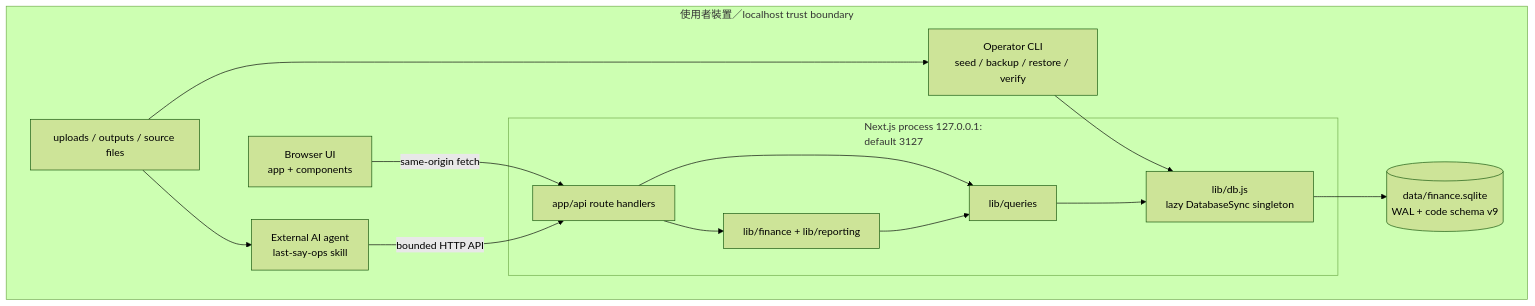
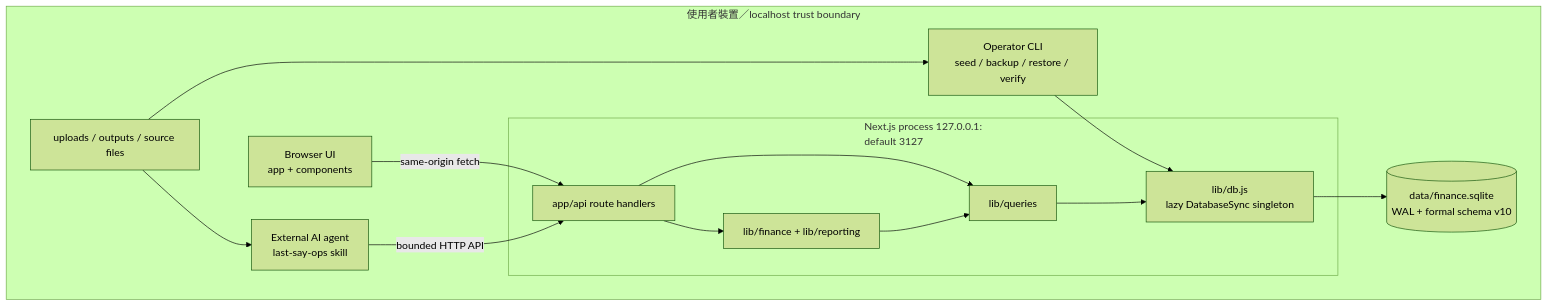
One commit to cablate/last-say changed the first of 2 diagrams in docs/architecture/ARCHITECTURE.md. Above: the diagram before and after it, drawn with Mermaid (forest theme). The commit also changed 32 other files, not shown here.

````diff
--- a/docs/architecture/ARCHITECTURE.md
+++ b/docs/architecture/ARCHITECTURE.md
@@ -11,27 +11,27 @@
 ```mermaid
 flowchart TB
     subgraph Device["使用者裝置／localhost trust boundary"]
         Browser["Browser UI\napp + components"]
         Agent["External AI agent\nlast-say-ops skill"]
         CLI["Operator CLI\nseed / backup / restore / verify"]
         subgraph Process["Next.js process 127.0.0.1:<PORT>\ndefault 3127"]
             Routes["app/api route handlers"]
             Domain["lib/finance + lib/reporting"]
             Queries["lib/queries"]
             DBFacade["lib/db.js\nlazy DatabaseSync singleton"]
         end
-        SQLite[("data/finance.sqlite\nWAL + code schema v9")]
+        SQLite[("data/finance.sqlite\nWAL + formal schema v10")]
         PrivateFiles["uploads / outputs / source files"]
     end
 
     Browser -->|same-origin fetch| Routes
     Agent -->|bounded HTTP API| Routes
     CLI --> DBFacade
     PrivateFiles --> Agent
     PrivateFiles --> CLI
     Routes --> Domain
     Routes --> Queries
     Domain --> Queries
     Queries --> DBFacade
     DBFacade --> SQLite
 ```
````
